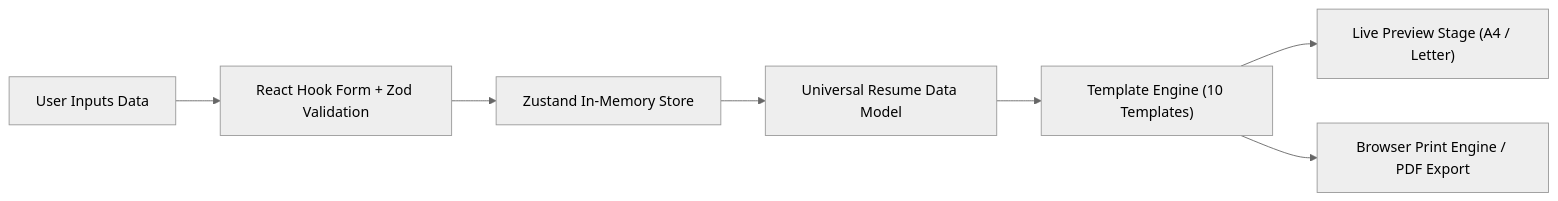
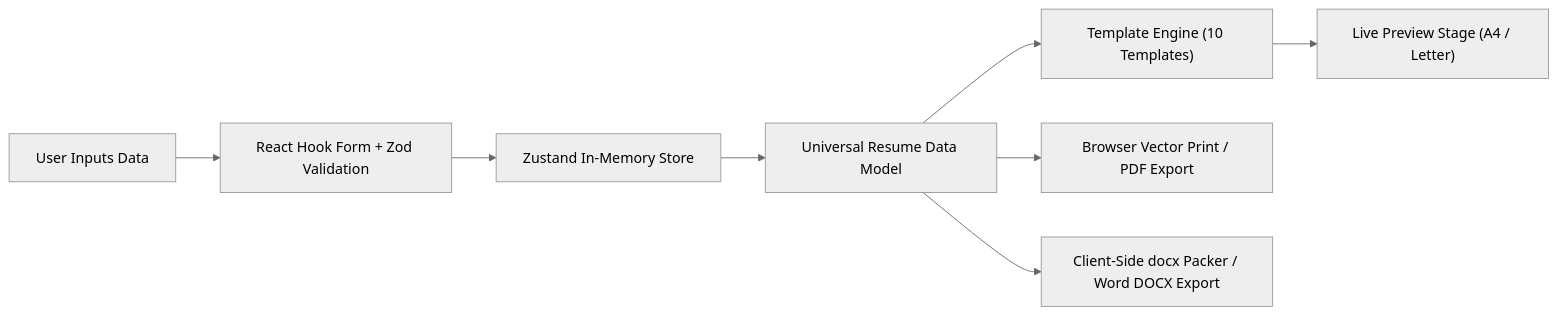
Before and after one commit to funkyvibespk/cvmaker: the first of 2 diagrams in docs/ARCHITECTURE.md, drawn with Mermaid (neutral theme). The commit also changed other lines of this file and 8 other files, not shown here.

````diff
--- a/docs/ARCHITECTURE.md
+++ b/docs/ARCHITECTURE.md
@@ -70,9 +72,10 @@
 ```mermaid
 flowchart LR
     A["User Inputs Data"] --> B["React Hook Form + Zod Validation"]
     B --> C["Zustand In-Memory Store"]
     C --> D["Universal Resume Data Model"]
     D --> E["Template Engine (10 Templates)"]
     E --> F["Live Preview Stage (A4 / Letter)"]
-    E --> G["Browser Print Engine / PDF Export"]
+    D --> G["Browser Vector Print / PDF Export"]
+    D --> H["Client-Side docx Packer / Word DOCX Export"]
 ```
````
